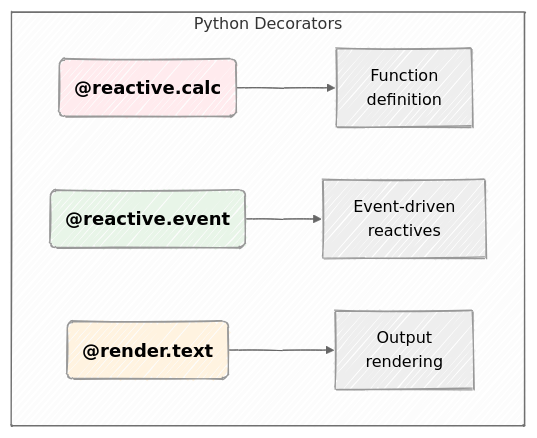
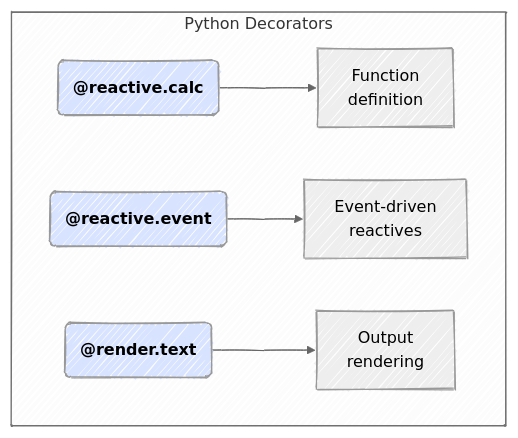
One commit to mjfrigaard/do4ds-labs changed the fifth of 7 diagrams in py-app-api.qmd. Above: the diagram before and after it, drawn with Mermaid. The commit also changed other lines of this file and 38 other files, not shown here.

````diff
--- a/py-app-api.qmd
+++ b/py-app-api.qmd
@@ -746,15 +718,15 @@
 ```{mermaid}
 %%{init: {'theme': 'neutral', 'look': 'handDrawn', 'themeVariables': { 'fontFamily': 'monospace'}}}%%
 
 graph TD
     subgraph "Python Decorators"
         A("<strong>@reactive.calc</strong>") --> B[Function<br>definition]
         C("<strong>@reactive.event</strong>") --> D["Event-driven<br>reactives"]
         E("<strong>@render.text</strong>") --> F["Output<br>rendering"]
     end
     
     %% style A fill:#e1f5fe
-    style A fill:#ffebee,color:#000,font-size:18px
-    style C fill:#e8f5e8,color:#000,font-size:18px
-    style E fill:#fff3e0,color:#000,font-size:18px
+    style A fill:#d8e4ff,color:#000
+    style C fill:#d8e4ff,color:#000
+    style E fill:#d8e4ff,color:#000
 ```
````
